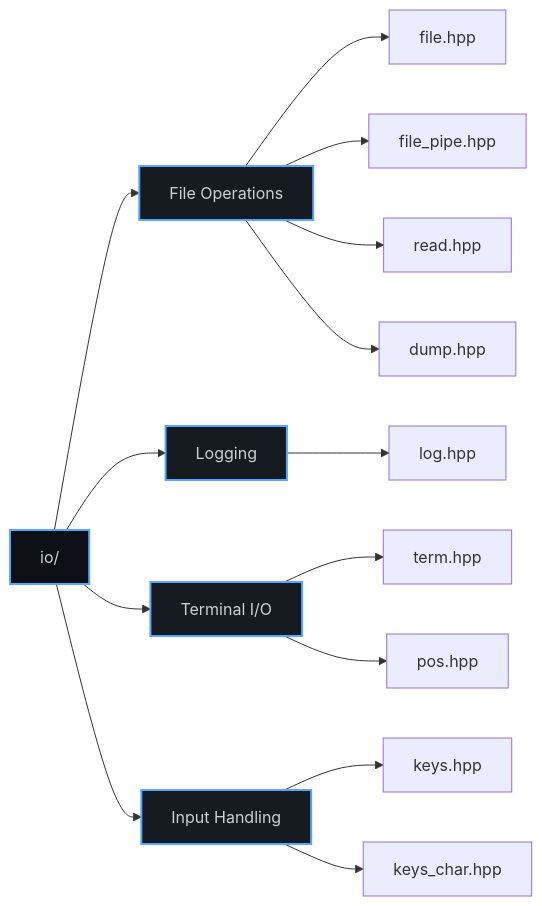
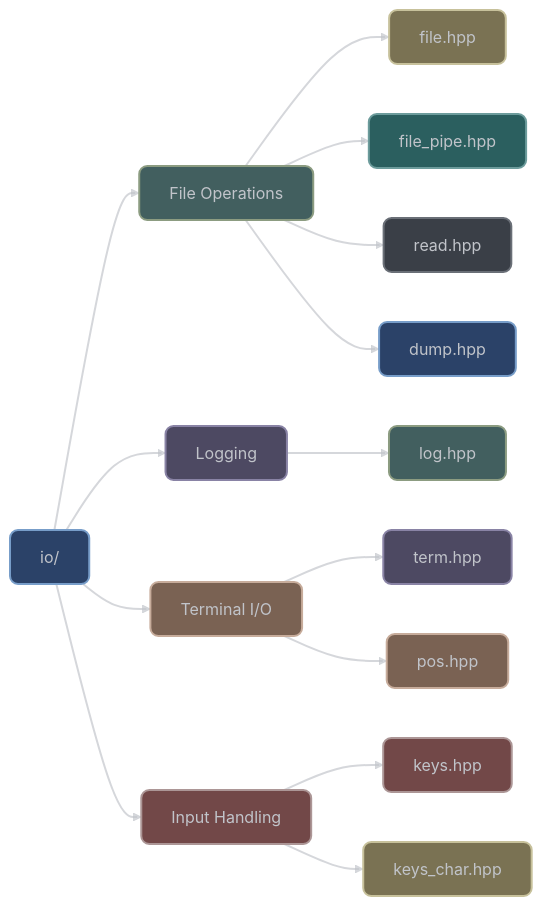
The first of 2 diagrams in docs/src/categories/io/README.md (vorlac/xieite), drawn with Mermaid before and after one commit. The commit also changed other lines of this file and 44 other files, not shown here.

````diff
--- a/docs/src/categories/io/README.md
+++ b/docs/src/categories/io/README.md
@@ -7,28 +7,68 @@
 ```mermaid
+---
+config:
+    theme: 'base'
+    curve: 'straight'
+    themeVariables:
+        darkMode: true
+        clusterBkg: '#22272f62'
+        clusterBorder: '#6a6f77ff'
+        clusterTextColor: '#6a6f77ff'
+        lineColor: '#C1C4CAAA'
+        background: '#262B33'
+        primaryColor: '#2b4268ff'
+        primaryTextColor: '#C1C4CAff'
+        primaryBorderColor: '#6a6f77ff'
+        primaryLabelBkg: '#262B33'
+        secondaryColor: '#425f5fff'
+        secondaryBorderColor: '#8c9c81ff'
+        secondaryTextColor: '#C1C4CAff'
+        tertiaryColor: '#4d4962ff'
+        tertiaryBorderColor: '#8983a5ff'
+        tertiaryTextColor: '#eeeeee55'
+        nodeTextColor: '#C1C4CA'
+        defaultLinkColor: '#C1C4CA'
+        edgeLabelBackground: '#262B33'
+        edgeLabelBorderColor: '#C1C4CA'
+        labelTextColor: '#C1C4CA'
+        errorBkgColor: '#724848ff'
+        errorTextColor: '#C1C4CA'
+---
 graph LR
     IO[io/]
 
     IO --> Files[File Operations]
     IO --> Logging[Logging]
     IO --> Terminal[Terminal I/O]
     IO --> Input[Input Handling]
 
     Files --> file[file.hpp]
     Files --> file_pipe[file_pipe.hpp]
     Files --> read[read.hpp]
     Files --> dump[dump.hpp]
 
     Logging --> log[log.hpp]
 
     Terminal --> term[term.hpp]
     Terminal --> pos[pos.hpp]
 
     Input --> keys[keys.hpp]
     Input --> keys_char[keys_char.hpp]
 
-    style IO fill:#0d1117,stroke:#58a6ff,stroke-width:2px,color:#c9d1d9
-    style Files fill:#161b22,stroke:#58a6ff,stroke-width:2px,color:#c9d1d9
-    style Logging fill:#161b22,stroke:#58a6ff,stroke-width:2px,color:#c9d1d9
-    style Terminal fill:#161b22,stroke:#58a6ff,stroke-width:2px,color:#c9d1d9
-    style Input fill:#161b22,stroke:#58a6ff,stroke-width:2px,color:#c9d1d9
+linkStyle default stroke:#C1C4CAaa,stroke-width:2px,color:#C1C4CAaa
+
+style IO fill:#2b4268ff,stroke:#779DC9ff,stroke-width:2px,color:#C1C4CA,rx:8,ry:8
+style Files fill:#425f5fff,stroke:#8c9c81ff,stroke-width:2px,color:#C1C4CA,rx:8,ry:8
+style Logging fill:#4d4962ff,stroke:#8983a5ff,stroke-width:2px,color:#C1C4CA,rx:8,ry:8
+style Terminal fill:#7a6253ff,stroke:#c7ac9bff,stroke-width:2px,color:#C1C4CA,rx:8,ry:8
+style Input fill:#724848ff,stroke:#ac9696ff,stroke-width:2px,color:#C1C4CA,rx:8,ry:8
+style file fill:#7a7253ff,stroke:#c7c19bff,stroke-width:2px,color:#C1C4CA,rx:8,ry:8
+style file_pipe fill:#2b5f5fff,stroke:#6d9c9cff,stroke-width:2px,color:#C1C4CA,rx:8,ry:8
+style read fill:#3a3f47ff,stroke:#6a6f77ff,stroke-width:2px,color:#C1C4CA,rx:8,ry:8
+style dump fill:#2b4268ff,stroke:#779DC9ff,stroke-width:2px,color:#C1C4CA,rx:8,ry:8
+style log fill:#425f5fff,stroke:#8c9c81ff,stroke-width:2px,color:#C1C4CA,rx:8,ry:8
+style term fill:#4d4962ff,stroke:#8983a5ff,stroke-width:2px,color:#C1C4CA,rx:8,ry:8
+style pos fill:#7a6253ff,stroke:#c7ac9bff,stroke-width:2px,color:#C1C4CA,rx:8,ry:8
+style keys fill:#724848ff,stroke:#ac9696ff,stroke-width:2px,color:#C1C4CA,rx:8,ry:8
+style keys_char fill:#7a7253ff,stroke:#c7c19bff,stroke-width:2px,color:#C1C4CA,rx:8,ry:8
 ```
````
